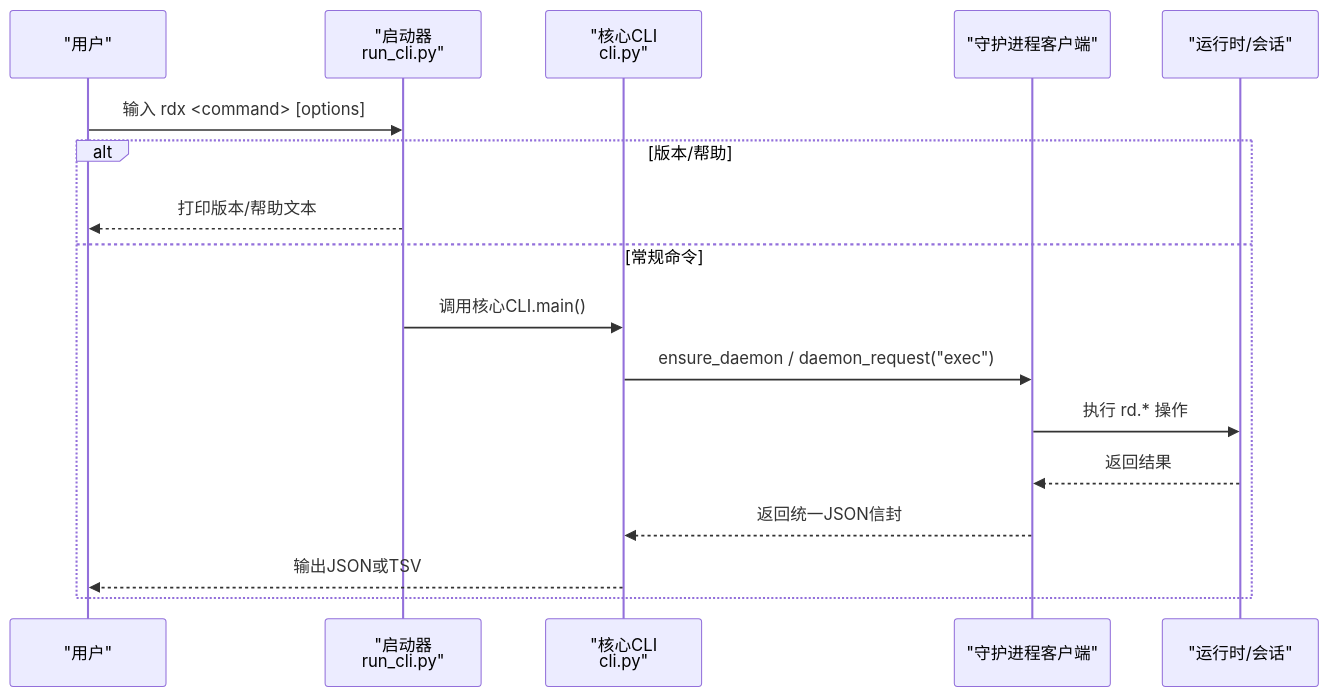
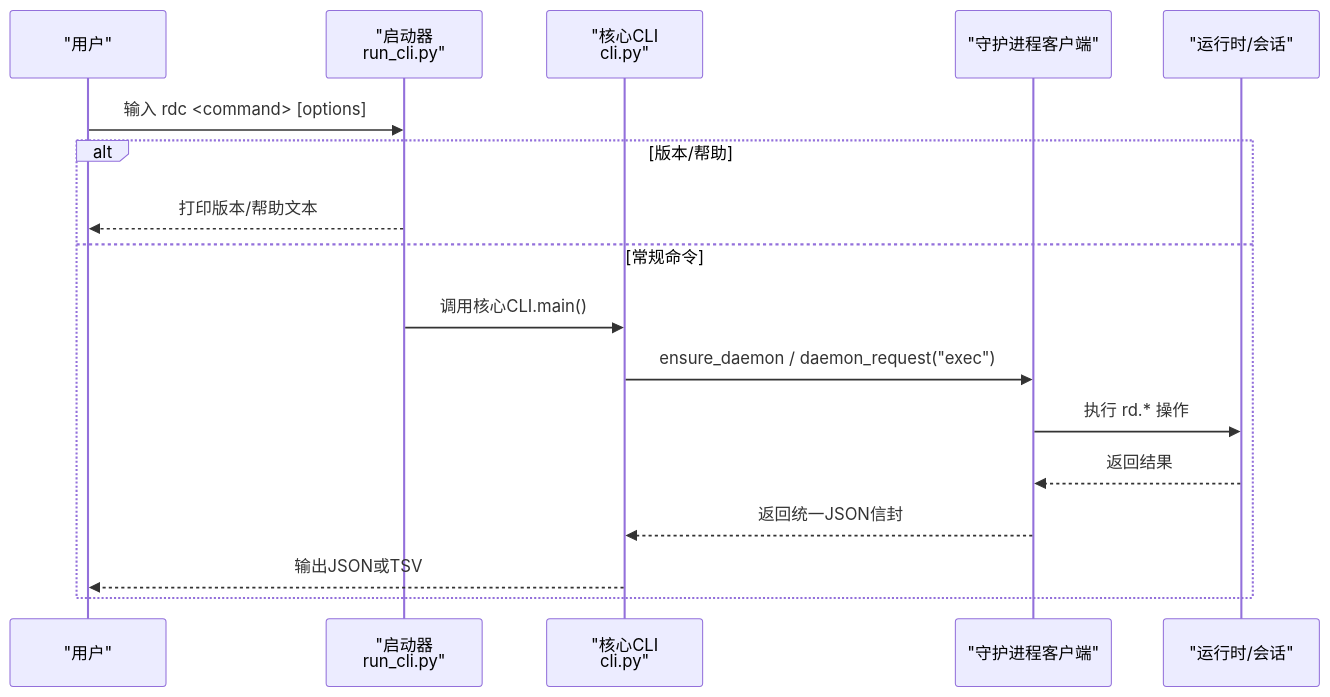
Before and after one commit to haolange/RDC-Tool: the second of 5 diagrams in .qoder/repowiki/zh/content/CLI参考手册/CLI概览和基础使用.md, drawn with Mermaid. The commit also changed other lines of this file and 388 other files, not shown here.

````diff
--- a/.qoder/repowiki/zh/content/CLI参考手册/CLI概览和基础使用.md
+++ b/.qoder/repowiki/zh/content/CLI参考手册/CLI概览和基础使用.md
@@ -91,19 +91,19 @@
 ```mermaid
 sequenceDiagram
 participant U as "用户"
 participant L as "启动器<br/>run_cli.py"
 participant C as "核心CLI<br/>cli.py"
 participant D as "守护进程客户端"
 participant R as "运行时/会话"
-U->>L : 输入 rdx <command> [options]
+U->>L : 输入 rdc <command> [options]
 alt 版本/帮助
 L-->>U : 打印版本/帮助文本
 else 常规命令
 L->>C : 调用核心CLI.main()
 C->>D : ensure_daemon / daemon_request("exec")
 D->>R : 执行 rd.* 操作
 R-->>D : 返回结果
 D-->>C : 返回统一JSON信封
 C-->>U : 输出JSON或TSV
 end
 ```
````
